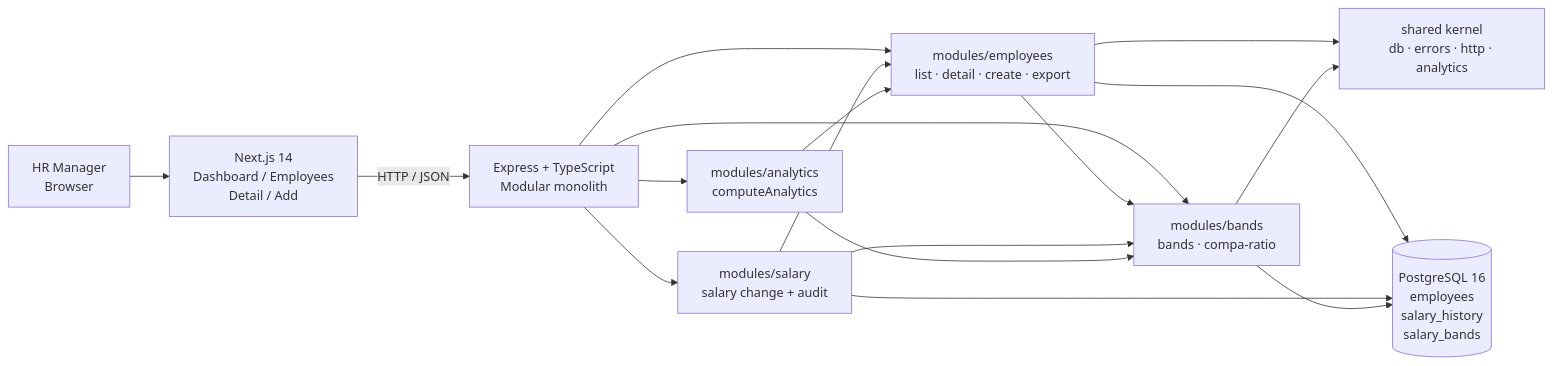
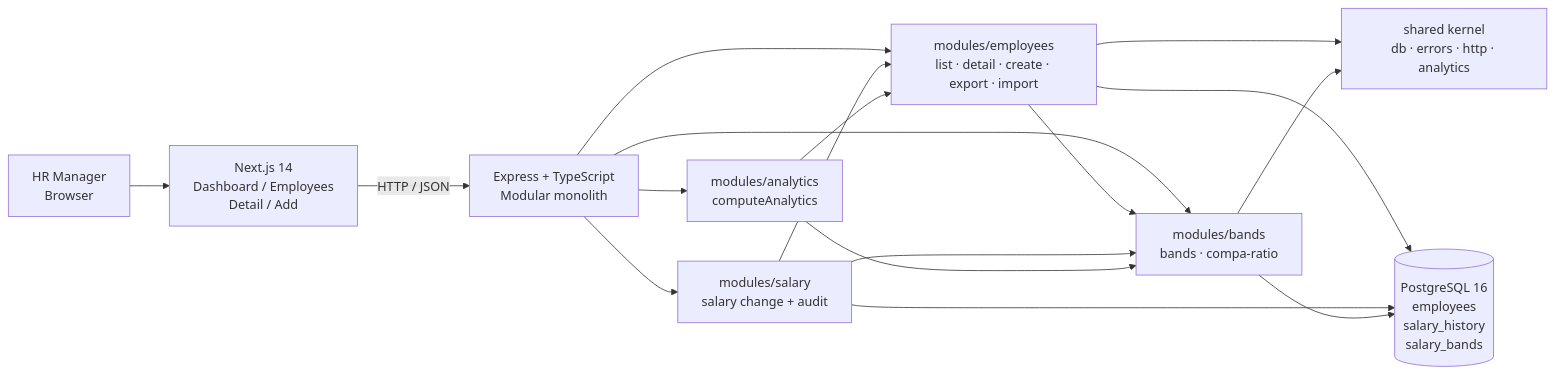
Before and after one commit to thezaidsheikh/acme-salary-management: the diagram in docs/ARCHITECTURE.md, drawn with Mermaid. The commit also changed other lines of this file and 8 other files, not shown here.

First line of the commit message:
docs: CSV bulk import everywhere (requirements, architecture, patterns, testing, verification, review, trade-offs, performance, README)

````diff
--- a/docs/ARCHITECTURE.md
+++ b/docs/ARCHITECTURE.md
@@ -17,19 +17,19 @@
 ```mermaid
 flowchart LR
     HR[HR Manager<br/>Browser] --> FE[Next.js 14<br/>Dashboard / Employees<br/>Detail / Add]
     FE -->|HTTP / JSON| API[Express + TypeScript<br/>Modular monolith]
-    API --> EMP[modules/employees<br/>list · detail · create · export]
+    API --> EMP[modules/employees<br/>list · detail · create · export · import]
     API --> SAL[modules/salary<br/>salary change + audit]
     API --> ANA[modules/analytics<br/>computeAnalytics]
     API --> BAN[modules/bands<br/>bands · compa-ratio]
     EMP --> BAN
     SAL --> BAN
     ANA --> BAN
     EMP --> SH[shared kernel<br/>db · errors · http · analytics]
     SAL --> EMP
     ANA --> EMP
     BAN --> SH
     EMP --> DB[(PostgreSQL 16<br/>employees<br/>salary_history<br/>salary_bands)]
     SAL --> DB
     BAN --> DB
 ```
````
